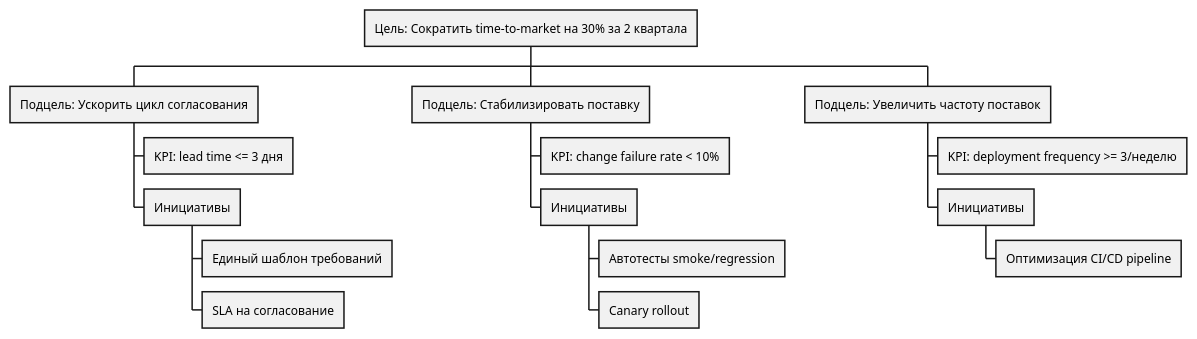
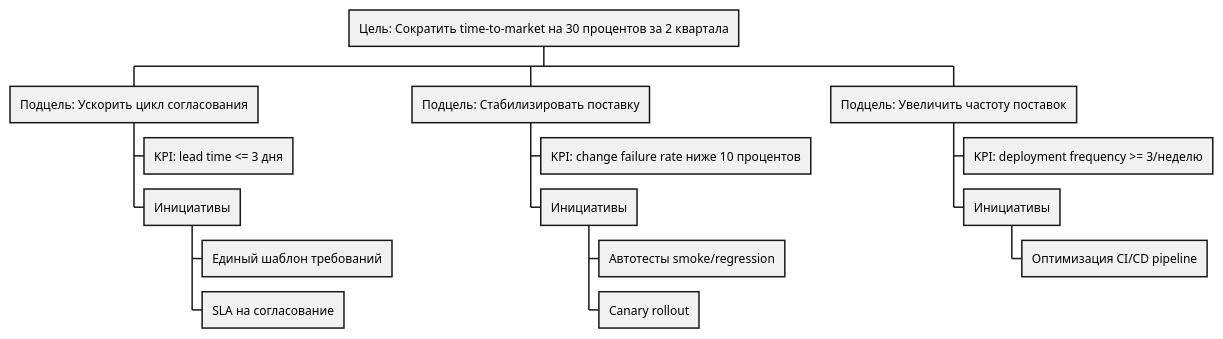
One commit to iwizy/analyst_kb changed the diagram in docs/notations/goals-map.md. Above: the diagram before and after it, drawn with PlantUML. The commit also changed 42 other files, not shown here.

````diff
--- a/docs/notations/goals-map.md
+++ b/docs/notations/goals-map.md
@@ -29,19 +29,19 @@
 ```kroki-plantuml
 @startwbs
-* Цель: Сократить time-to-market на 30% за 2 квартала
+* Цель: Сократить time-to-market на 30 процентов за 2 квартала
 ** Подцель: Ускорить цикл согласования
 *** KPI: lead time <= 3 дня
 *** Инициативы
 **** Единый шаблон требований
 **** SLA на согласование
 ** Подцель: Стабилизировать поставку
-*** KPI: change failure rate < 10%
+*** KPI: change failure rate ниже 10 процентов
 *** Инициативы
 **** Автотесты smoke/regression
 **** Canary rollout
 ** Подцель: Увеличить частоту поставок
 *** KPI: deployment frequency >= 3/неделю
 *** Инициативы
 **** Оптимизация CI/CD pipeline
 @endwbs
 ```
````
